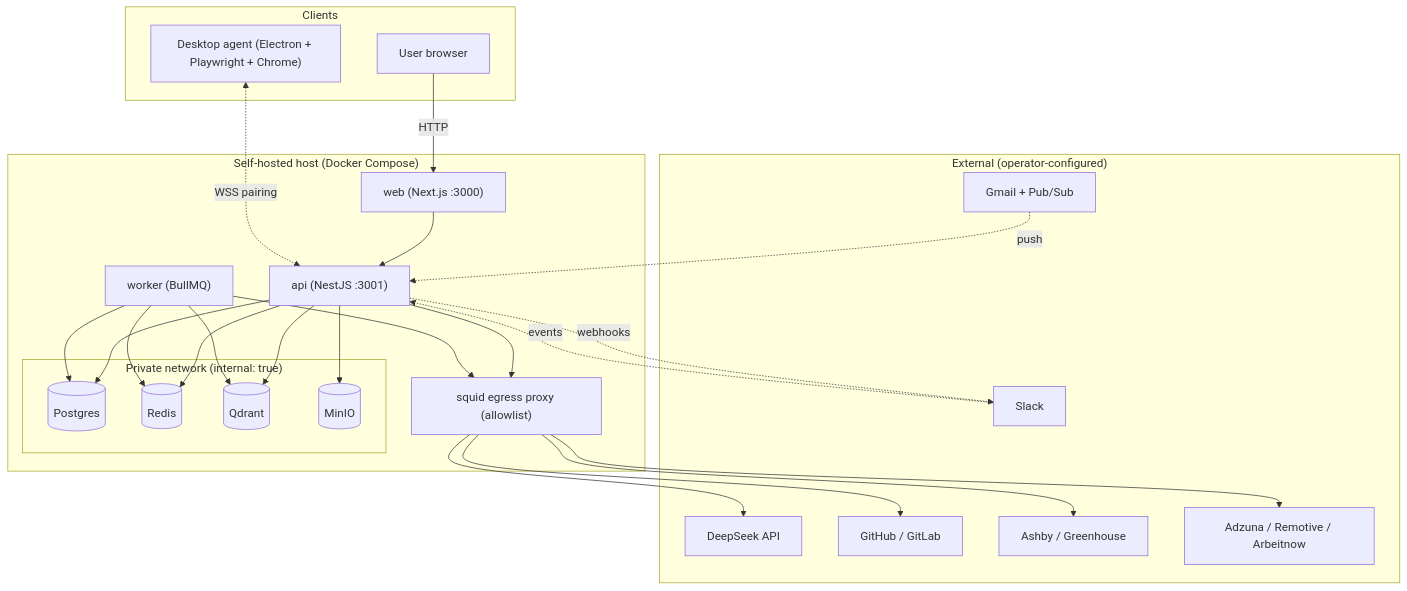
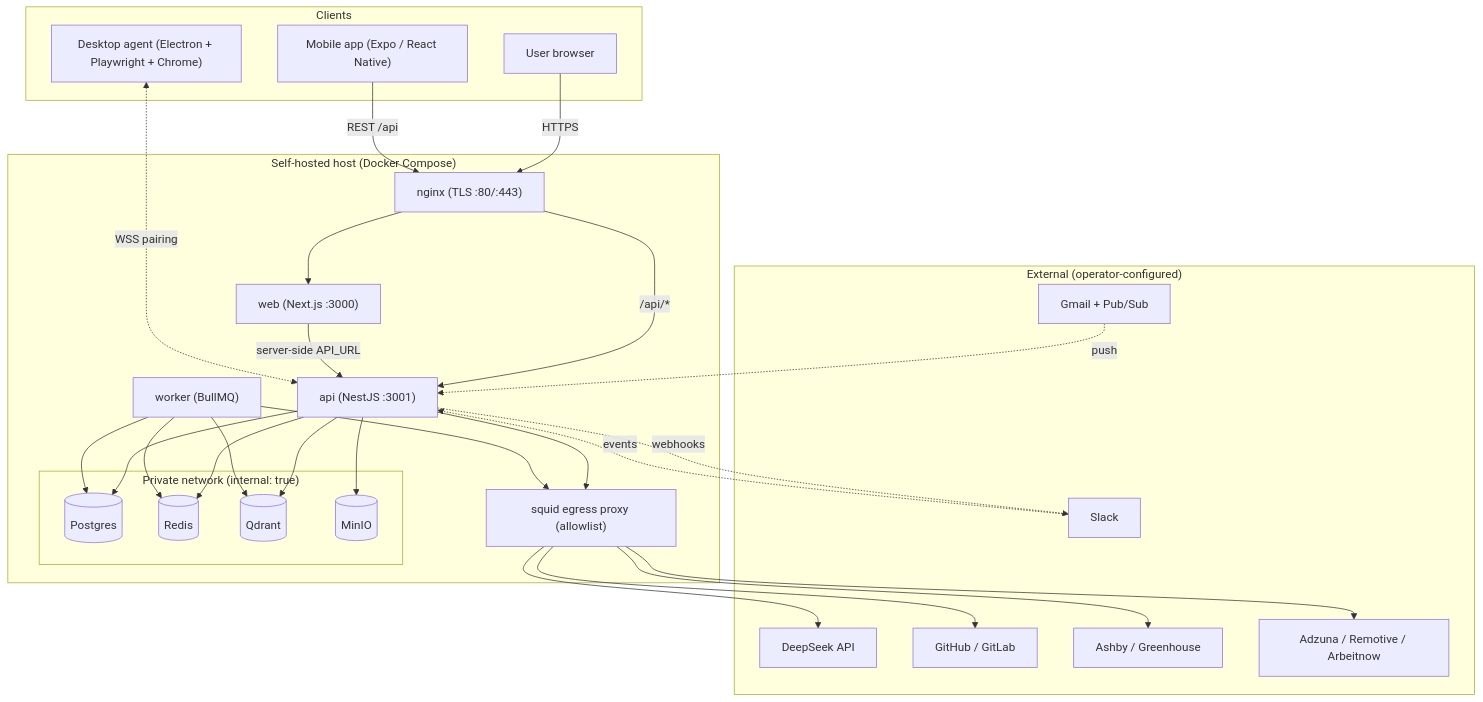
One commit to okayvignesh/careeros changed the first of 2 diagrams in docs/codebase/ARCHITECTURE.md. Above: the diagram before and after it, drawn with Mermaid. The commit also changed other lines of this file and 79 other files, not shown here.

````diff
--- a/docs/codebase/ARCHITECTURE.md
+++ b/docs/codebase/ARCHITECTURE.md
@@ -91,48 +97,53 @@
 ```mermaid
 flowchart TB
     subgraph client["Clients"]
         Browser["User browser"]
         Agent["Desktop agent (Electron + Playwright + Chrome)"]
+        Mobile["Mobile app (Expo / React Native)"]
     end
 
     subgraph vps["Self-hosted host (Docker Compose)"]
+        Nginx["nginx (TLS :80/:443)"]
         Web["web (Next.js :3000)"]
         API["api (NestJS :3001)"]
         Worker["worker (BullMQ)"]
         subgraph data["Private network (internal: true)"]
             PG[("Postgres")]
             Redis[("Redis")]
             Qdrant[("Qdrant")]
             MinIO[("MinIO")]
         end
         Squid["squid egress proxy (allowlist)"]
     end
 
     subgraph ext["External (operator-configured)"]
         DeepSeek["DeepSeek API"]
         GitHub["GitHub / GitLab"]
         ATS["Ashby / Greenhouse"]
         Agg["Adzuna / Remotive / Arbeitnow"]
         Slack["Slack"]
         Gmail["Gmail + Pub/Sub"]
     end
 
-    Browser -->|HTTP| Web --> API
+    Browser -->|HTTPS| Nginx --> Web
+    Nginx -->|/api/*| API
+    Web -->|server-side API_URL| API
+    Mobile -->|REST /api| Nginx
     Agent <-.WSS pairing.-> API
     API --> PG
     API --> Redis
     API --> Qdrant
     API --> MinIO
     Worker --> PG
     Worker --> Redis
     Worker --> Qdrant
     API --> Squid
     Worker --> Squid
     Squid --> DeepSeek
     Squid --> GitHub
     Squid --> ATS
     Squid --> Agg
     API -. webhooks .-> Slack
     Slack -. events .-> API
     Gmail -. push .-> API
 ```
````
